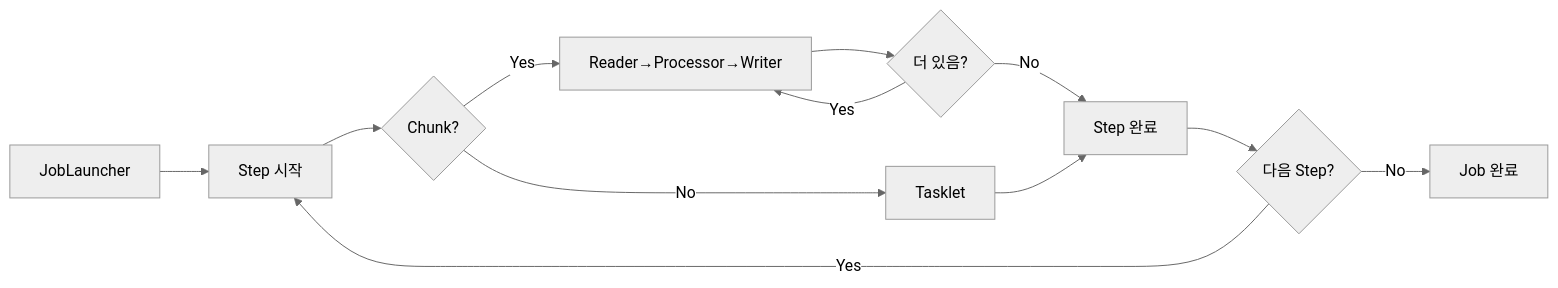
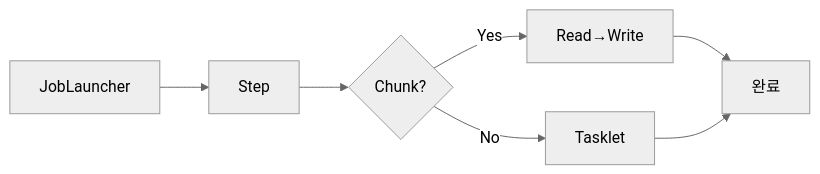
The sixth of 6 diagrams in _posts/spring/2026-05-02-spring-batch-deep.md (yjkim2015/yjkim2015.github.io), drawn with Mermaid (neutral theme) before and after one commit. The commit also changed other lines of this file and 163 other files, not shown here.

First line of the commit message:
Mermaid 300개 블록 내용 축소: 5노드 5엣지 이하, 의미 있는 약어

````diff
--- a/_posts/spring/2026-05-02-spring-batch-deep.md
+++ b/_posts/spring/2026-05-02-spring-batch-deep.md
@@ -681,13 +671,8 @@
 ```mermaid
-flowchart LR
-    A[JobLauncher] --> B[Step 시작]
+graph LR
+    A[JobLauncher] --> B[Step]
     B --> C{Chunk?}
-    C -->|Yes| D[Reader→Processor→Writer]
-    D --> E{더 있음?}
-    E -->|Yes| D
-    E -->|No| F[Step 완료]
-    C -->|No| G[Tasklet] --> F
-    F --> H{다음 Step?}
-    H -->|Yes| B
-    H -->|No| I[Job 완료]
+    C -->|Yes| D[Read→Write]
+    C -->|No| E[Tasklet]
+    D & E --> F[완료]
 ```
````
